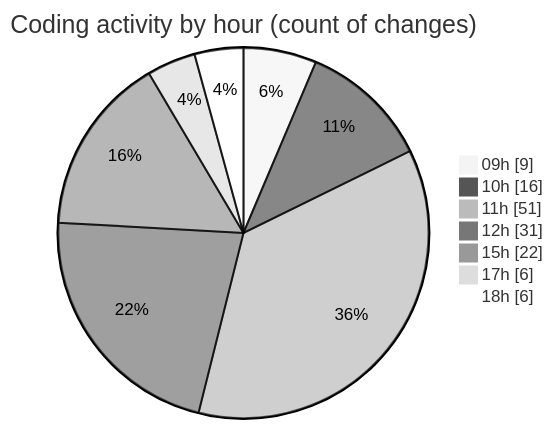
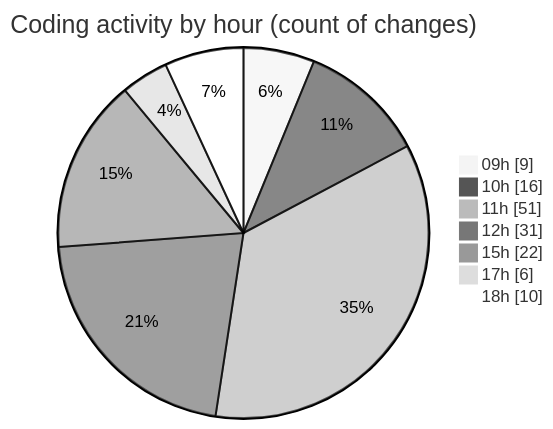
One commit to momahboobian/code-tracking changed the second of 2 diagrams in 2026-09-10/cda/README.md. Above: the diagram before and after it, drawn with Mermaid (neutral theme). The commit also changed other lines of this file and 1 other file, not shown here.

````diff
--- a/2026-09-10/cda/README.md
+++ b/2026-09-10/cda/README.md
@@ -123,11 +124,11 @@
 ```mermaid
 pie showData
 title Coding activity by hour (count of changes)
 "09h" : 9
 "10h" : 16
 "11h" : 51
 "12h" : 31
 "15h" : 22
 "17h" : 6
-"18h" : 6
+"18h" : 10
 ```
````
